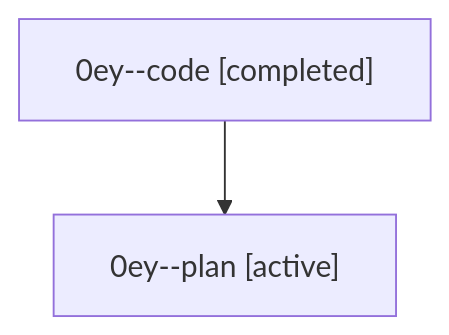
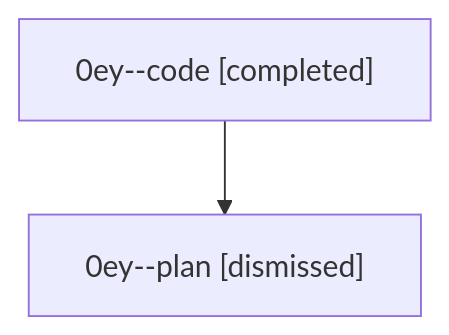
One commit to bobs-org/bob-cli--agents changed the diagram in sessions/bbugyi200.athena.0ey.md. Above: the diagram before and after it, drawn with Mermaid. The commit also changed other lines of this file and 17 other files, not shown here.

````diff
--- a/sessions/bbugyi200.athena.0ey.md
+++ b/sessions/bbugyi200.athena.0ey.md
@@ -9,6 +9,6 @@
 ```mermaid
 flowchart TD
   n0["0ey--code [completed]"]
-  n1["0ey--plan [active]"]
+  n1["0ey--plan [dismissed]"]
   n0 --> n1
 ```
````
